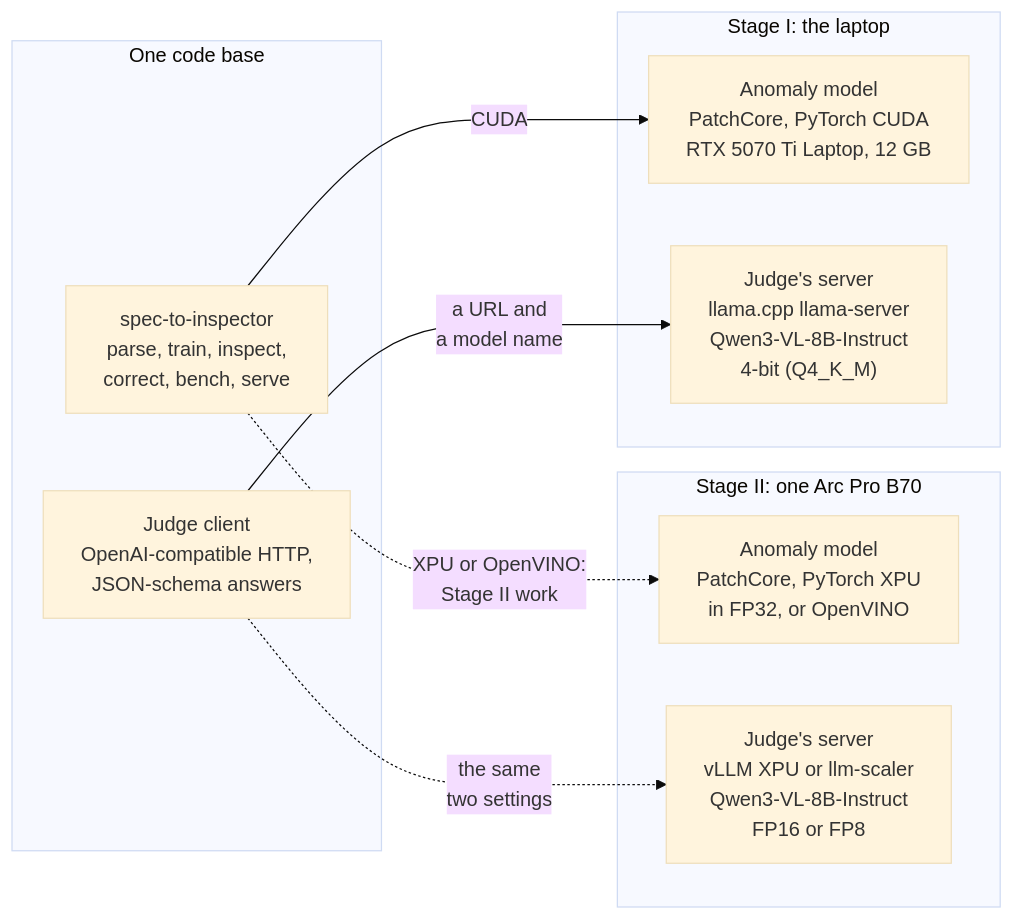
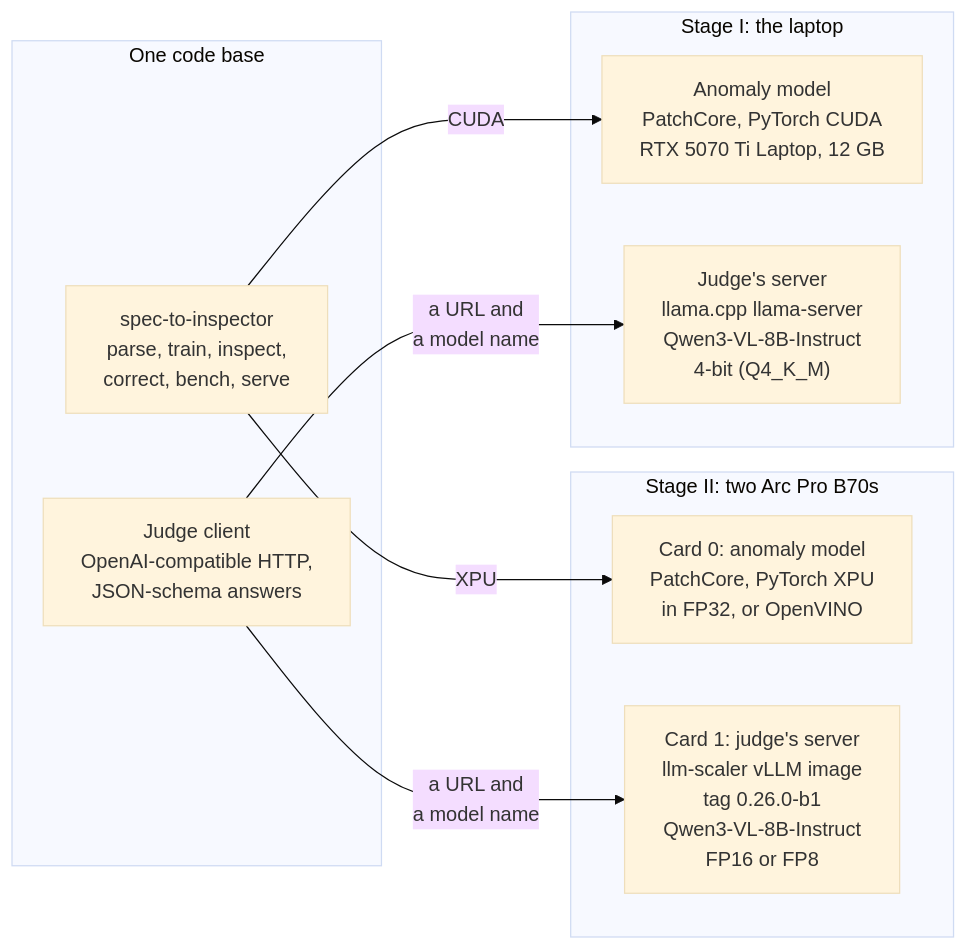
The second of 2 diagrams in README.md (BrianIsaac/spec-to-inspector), drawn with Mermaid (base theme) before and after one commit. The commit also changed other lines of this file and 1 other file, not shown here.

First line of the commit message:
docs(stage2): correct the plan and the README section to the machine as measured

````diff
--- a/README.md
+++ b/README.md
@@ -298,22 +300,22 @@
 ```mermaid
 flowchart LR
     subgraph code["One code base"]
         CLI["spec-to-inspector<br/>parse, train, inspect,<br/>correct, bench, serve"]
         CLIENT["Judge client<br/>OpenAI-compatible HTTP,<br/>JSON-schema answers"]
     end
 
-    subgraph b70["Stage II: one Arc Pro B70"]
-        A2["Anomaly model<br/>PatchCore, PyTorch XPU<br/>in FP32, or OpenVINO"]
-        V2["Judge's server<br/>vLLM XPU or llm-scaler<br/>Qwen3-VL-8B-Instruct<br/>FP16 or FP8"]
+    subgraph b70["Stage II: two Arc Pro B70s"]
+        A2["Card 0: anomaly model<br/>PatchCore, PyTorch XPU<br/>in FP32, or OpenVINO"]
+        V2["Card 1: judge's server<br/>llm-scaler vLLM image<br/>tag 0.26.0-b1<br/>Qwen3-VL-8B-Instruct<br/>FP16 or FP8"]
     end
 
     subgraph laptop["Stage I: the laptop"]
         A1["Anomaly model<br/>PatchCore, PyTorch CUDA<br/>RTX 5070 Ti Laptop, 12 GB"]
         V1["Judge's server<br/>llama.cpp llama-server<br/>Qwen3-VL-8B-Instruct<br/>4-bit (Q4_K_M)"]
     end
 
-    CLI -.->|"XPU or OpenVINO:<br/>Stage II work"| A2
-    CLIENT -.->|"the same<br/>two settings"| V2
+    CLI -->|"XPU"| A2
+    CLIENT -->|"a URL and<br/>a model name"| V2
     CLI -->|"CUDA"| A1
     CLIENT -->|"a URL and<br/>a model name"| V1
 ```
````
